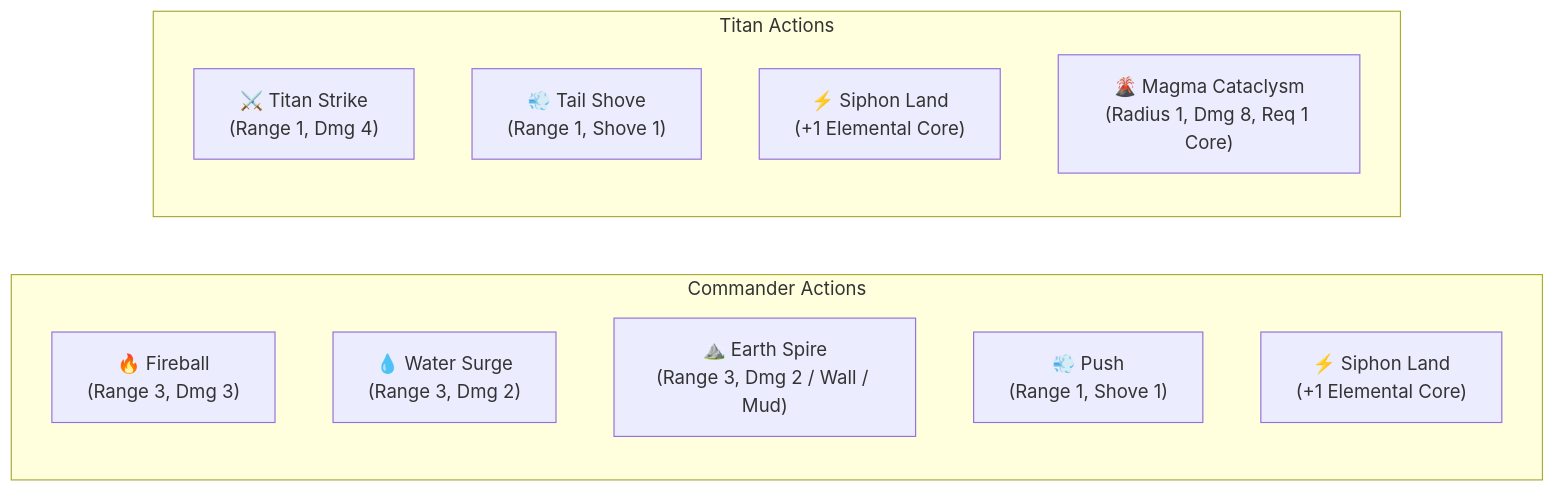
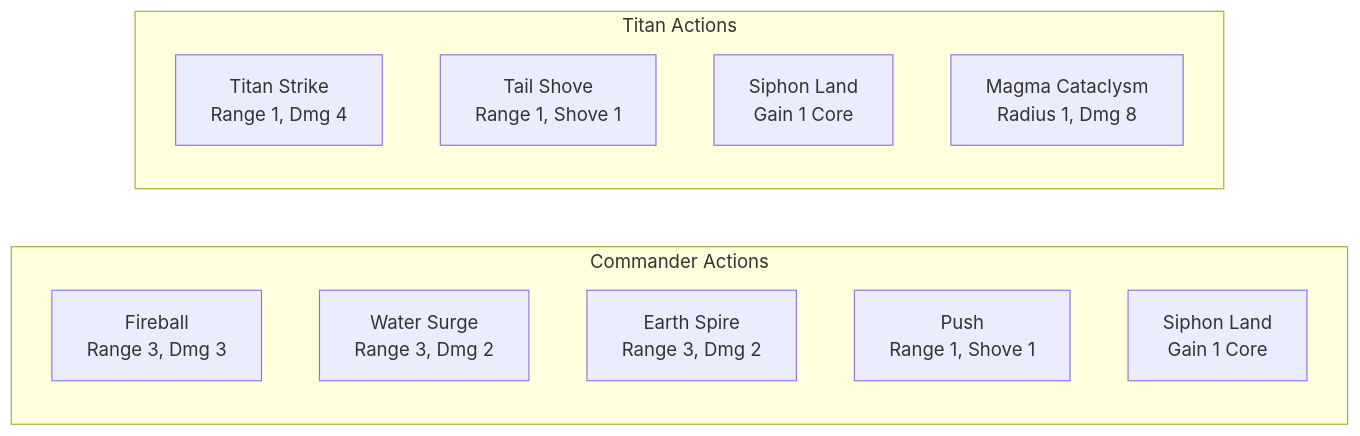
Before and after one commit to HackerMan998/ElementalHexTactics3D: the diagram in wiki/04-Units-and-Attunement.md, drawn with Mermaid. The commit also changed 7 other files, not shown here.

Commit message:
docs: sync mermaid diagram fixes to wiki folder

````diff
--- a/wiki/04-Units-and-Attunement.md
+++ b/wiki/04-Units-and-Attunement.md
@@ -20,17 +20,17 @@
 ```mermaid
 flowchart LR
     subgraph CommanderActions["Commander Actions"]
-        F["🔥 Fireball\n(Range 3, Dmg 3)"]
-        W["💧 Water Surge\n(Range 3, Dmg 2)"]
-        E["⛰️ Earth Spire\n(Range 3, Dmg 2 / Wall / Mud)"]
-        P["💨 Push\n(Range 1, Shove 1)"]
-        S["⚡ Siphon Land\n(+1 Elemental Core)"]
+        F["Fireball<br/>Range 3, Dmg 3"]
+        W["Water Surge<br/>Range 3, Dmg 2"]
+        E["Earth Spire<br/>Range 3, Dmg 2"]
+        P["Push<br/>Range 1, Shove 1"]
+        S["Siphon Land<br/>Gain 1 Core"]
     end
 
     subgraph TitanActions["Titan Actions"]
-        TS["⚔️ Titan Strike\n(Range 1, Dmg 4)"]
-        TSH["💨 Tail Shove\n(Range 1, Shove 1)"]
-        TSIP["⚡ Siphon Land\n(+1 Elemental Core)"]
-        CAT["🌋 Magma Cataclysm\n(Radius 1, Dmg 8, Req 1 Core)"]
+        TS["Titan Strike<br/>Range 1, Dmg 4"]
+        TSH["Tail Shove<br/>Range 1, Shove 1"]
+        TSIP["Siphon Land<br/>Gain 1 Core"]
+        CAT["Magma Cataclysm<br/>Radius 1, Dmg 8"]
     end
 ```
````
